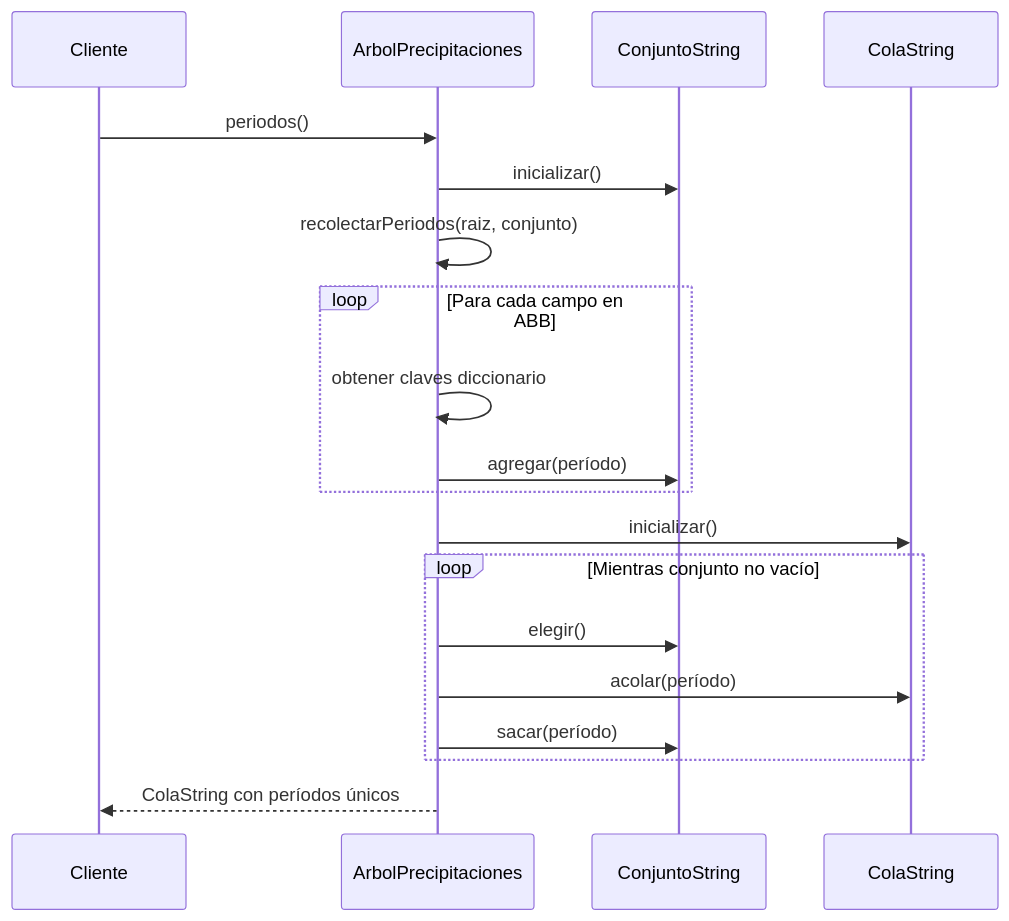
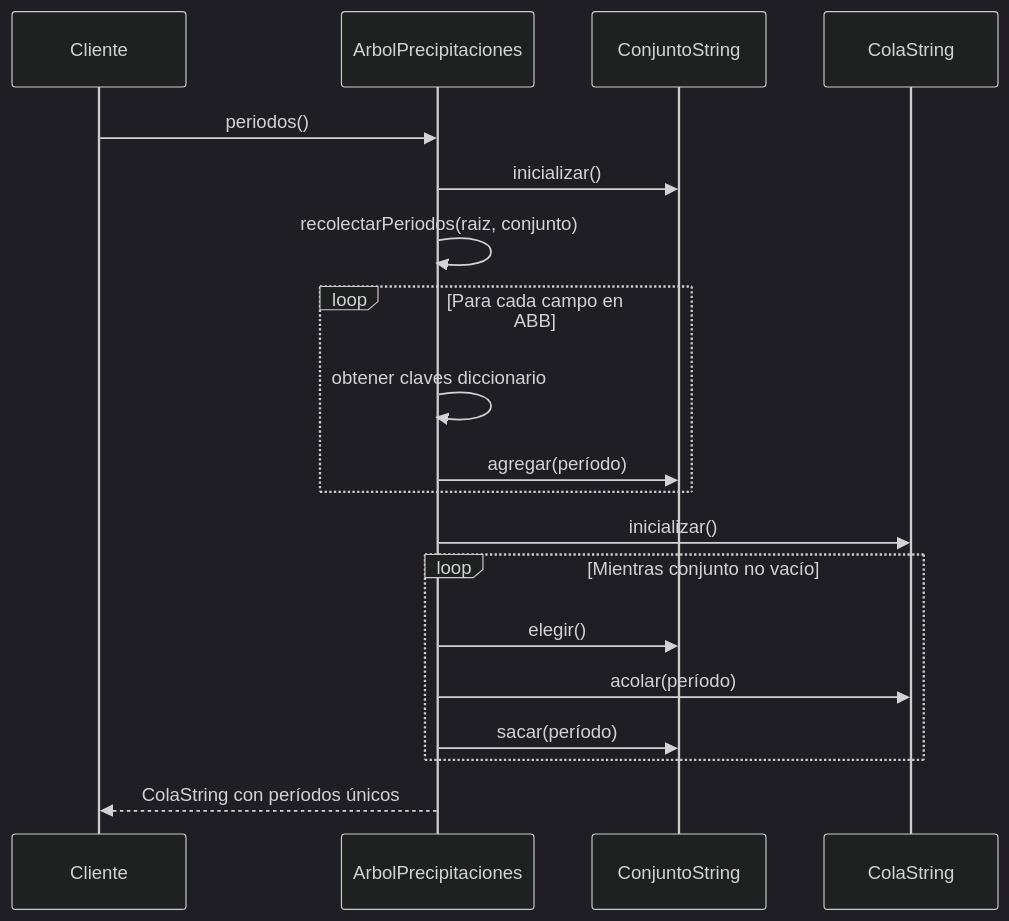
One commit to pybalt/algo2 changed diagram 18 of 19 in tp-final/README_IMPLEMENTACIONES.md. Above: the diagram before and after it, drawn with Mermaid. The commit also changed other lines of this file, not shown here.

Commit message:
Refine README_IMPLEMENTACIONES.md by enhancing dark mode support for mermaid diagrams and improving style consistency across various sections, ensuring better visual clarity.

````diff
--- a/tp-final/README_IMPLEMENTACIONES.md
+++ b/tp-final/README_IMPLEMENTACIONES.md
@@ -358,22 +415,23 @@
 ```mermaid
+%%{init: {'theme':'dark'}}%%
 sequenceDiagram
     participant C as Cliente
     participant A as ArbolPrecipitaciones
     participant CS as ConjuntoString
     participant CoS as ColaString
     
     C->>A: periodos()
     A->>CS: inicializar()
     A->>A: recolectarPeriodos(raiz, conjunto)
     loop Para cada campo en ABB
         A->>A: obtener claves diccionario
         A->>CS: agregar(período)
     end
     A->>CoS: inicializar()
     loop Mientras conjunto no vacío
         A->>CS: elegir()
         A->>CoS: acolar(período)
         A->>CS: sacar(período)
     end
     A-->>C: ColaString con períodos únicos
 ```
````
